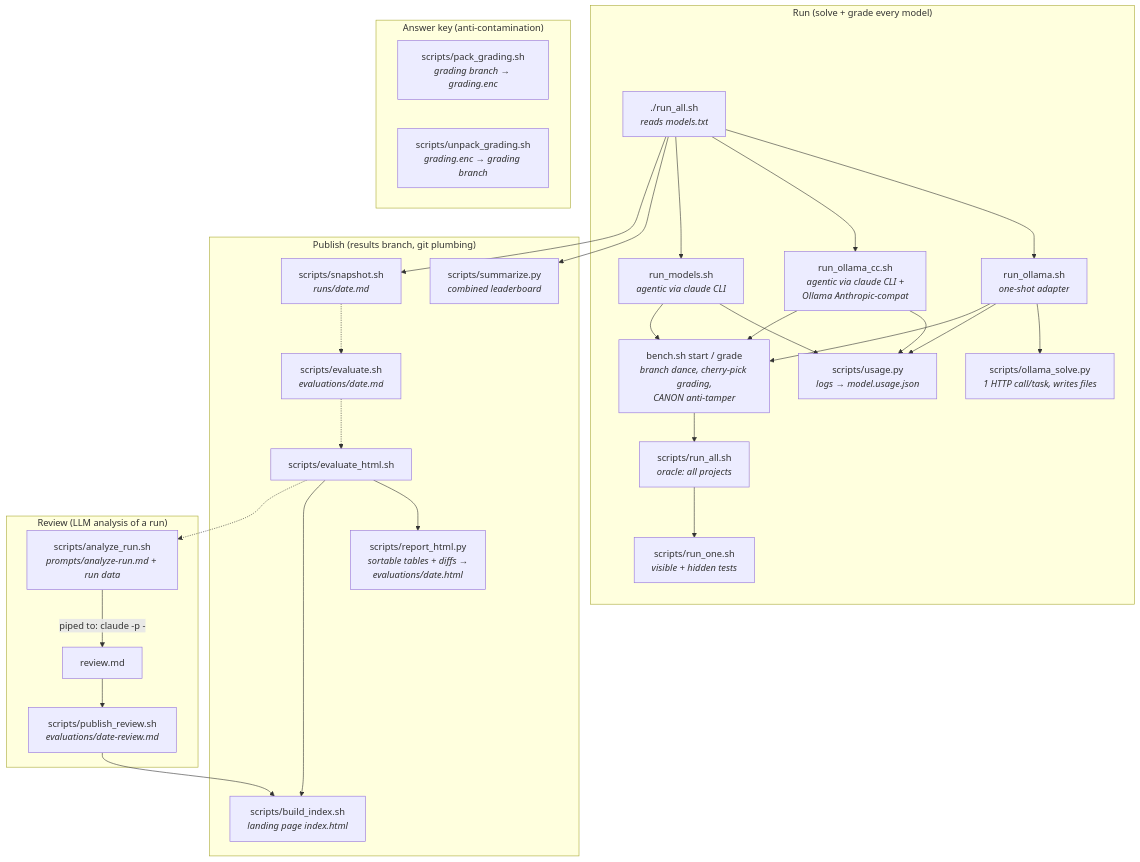
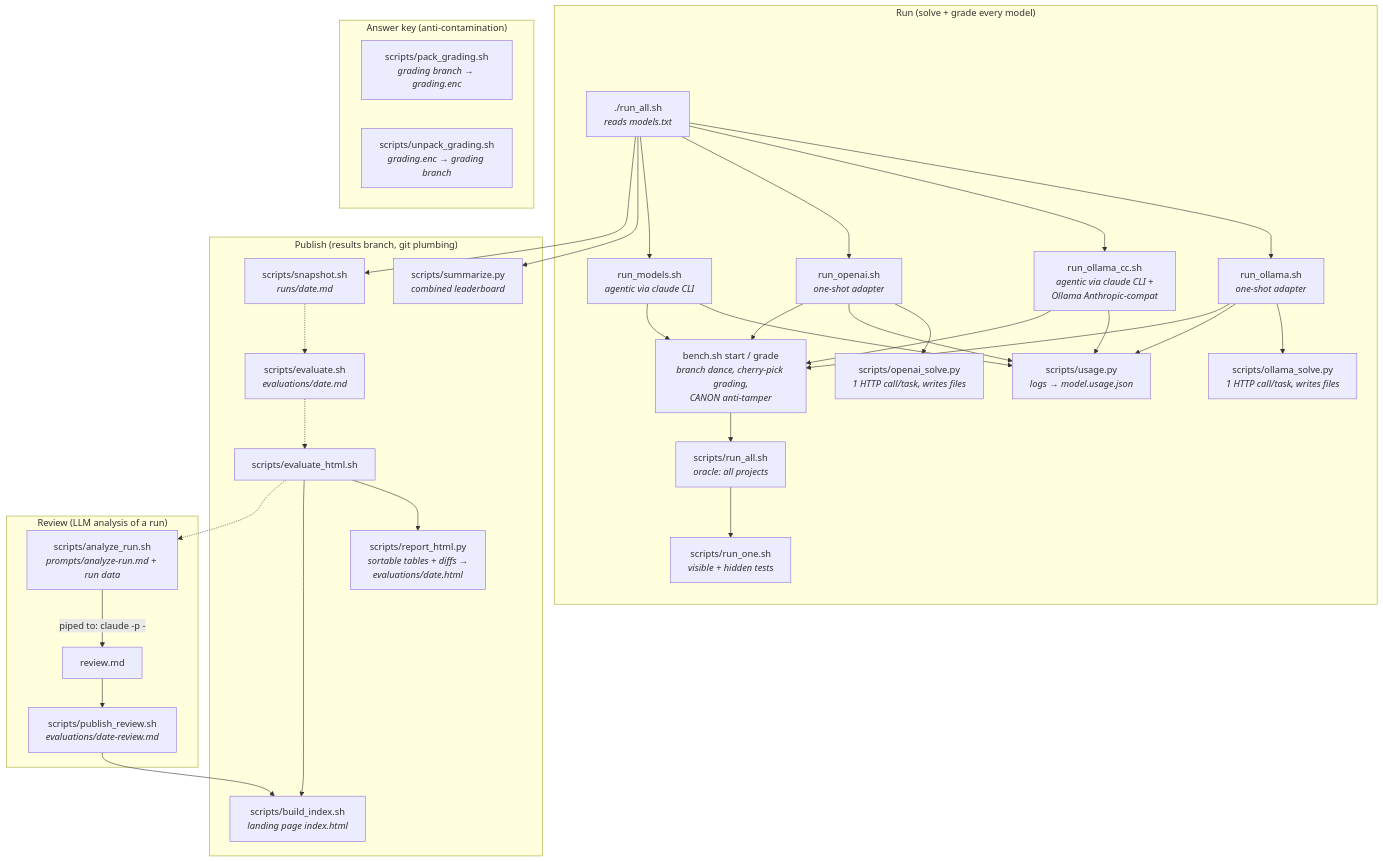
Before and after one commit to epatel/model-benchmark: the diagram in README.md, drawn with Mermaid. The commit also changed other lines of this file and 4 other files, not shown here.

First line of the commit message:
add openai runner: gpt-5.5/gpt-5.4 via Responses API adapter

````diff
--- a/README.md
+++ b/README.md
@@ -83,39 +84,41 @@
 ```mermaid
 flowchart TD
     subgraph RUN["Run (solve + grade every model)"]
         runall["./run_all.sh<br/><i>reads models.txt</i>"]
         runall --> ollama["run_ollama.sh<br/><i>one-shot adapter</i>"]
         runall --> occ["run_ollama_cc.sh<br/><i>agentic via claude CLI +<br/>Ollama Anthropic-compat</i>"]
+        runall --> openai["run_openai.sh<br/><i>one-shot adapter</i>"]
         runall --> claude["run_models.sh<br/><i>agentic via claude CLI</i>"]
         ollama --> solve["scripts/ollama_solve.py<br/><i>1 HTTP call/task, writes files</i>"]
-        ollama & occ & claude --> usage["scripts/usage.py<br/><i>logs → model.usage.json</i>"]
-        ollama & occ & claude --> bench["bench.sh start / grade<br/><i>branch dance, cherry-pick grading,<br/>CANON anti-tamper</i>"]
+        openai --> osolve["scripts/openai_solve.py<br/><i>1 HTTP call/task, writes files</i>"]
+        ollama & occ & openai & claude --> usage["scripts/usage.py<br/><i>logs → model.usage.json</i>"]
+        ollama & occ & openai & claude --> bench["bench.sh start / grade<br/><i>branch dance, cherry-pick grading,<br/>CANON anti-tamper</i>"]
         bench --> tests["scripts/run_all.sh<br/><i>oracle: all projects</i>"]
         tests --> one["scripts/run_one.sh<br/><i>visible + hidden tests</i>"]
     end
 
     subgraph PUB["Publish (results branch, git plumbing)"]
         runall --> summarize["scripts/summarize.py<br/><i>combined leaderboard</i>"]
         runall --> snapshot["scripts/snapshot.sh<br/><i>runs/date.md</i>"]
         evaluate["scripts/evaluate.sh<br/><i>evaluations/date.md</i>"]
         ehtml["scripts/evaluate_html.sh"] --> rhtml["scripts/report_html.py<br/><i>sortable tables + diffs →<br/>evaluations/date.html</i>"]
         index["scripts/build_index.sh<br/><i>landing page index.html</i>"]
         ehtml --> index
     end
 
     subgraph REVIEW["Review (LLM analysis of a run)"]
         analyze["scripts/analyze_run.sh<br/><i>prompts/analyze-run.md + run data</i>"]
         analyze -->|"piped to: claude -p -"| review["review.md"]
         review --> pubrev["scripts/publish_review.sh<br/><i>evaluations/date-review.md</i>"]
         pubrev --> index
     end
 
     subgraph KEY["Answer key (anti-contamination)"]
         pack["scripts/pack_grading.sh<br/><i>grading branch → grading.enc</i>"]
         unpack["scripts/unpack_grading.sh<br/><i>grading.enc → grading branch</i>"]
     end
 
     snapshot -.-> evaluate
     evaluate -.-> ehtml
     ehtml -.-> analyze
 ```
````
